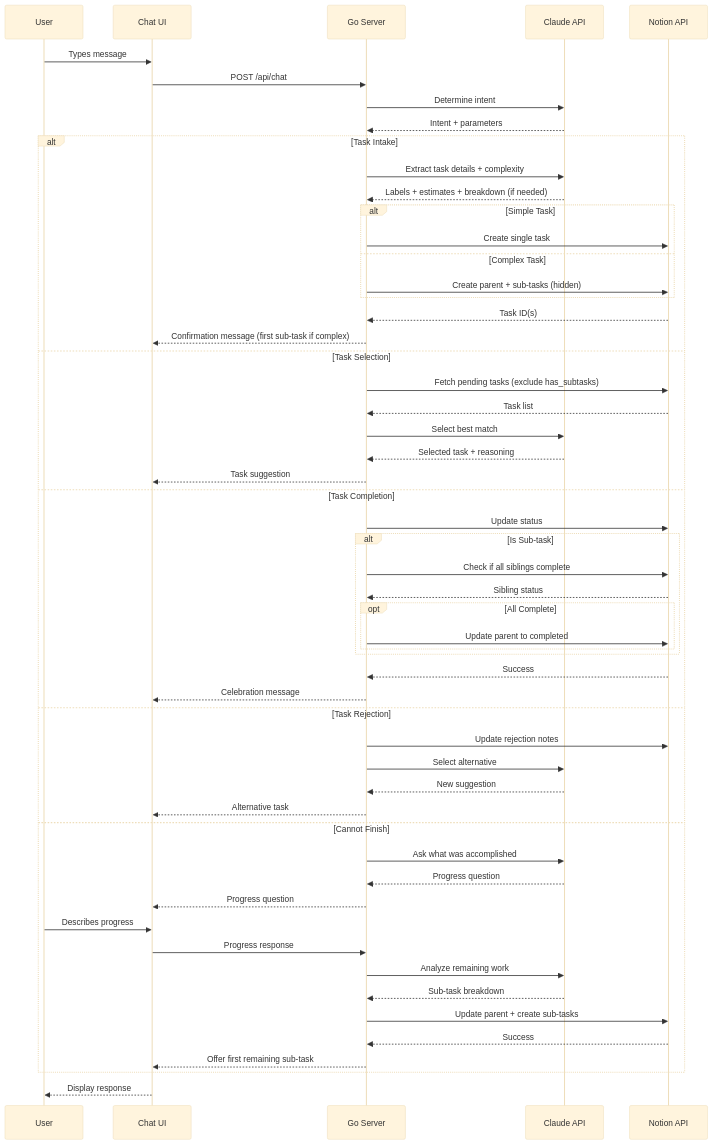
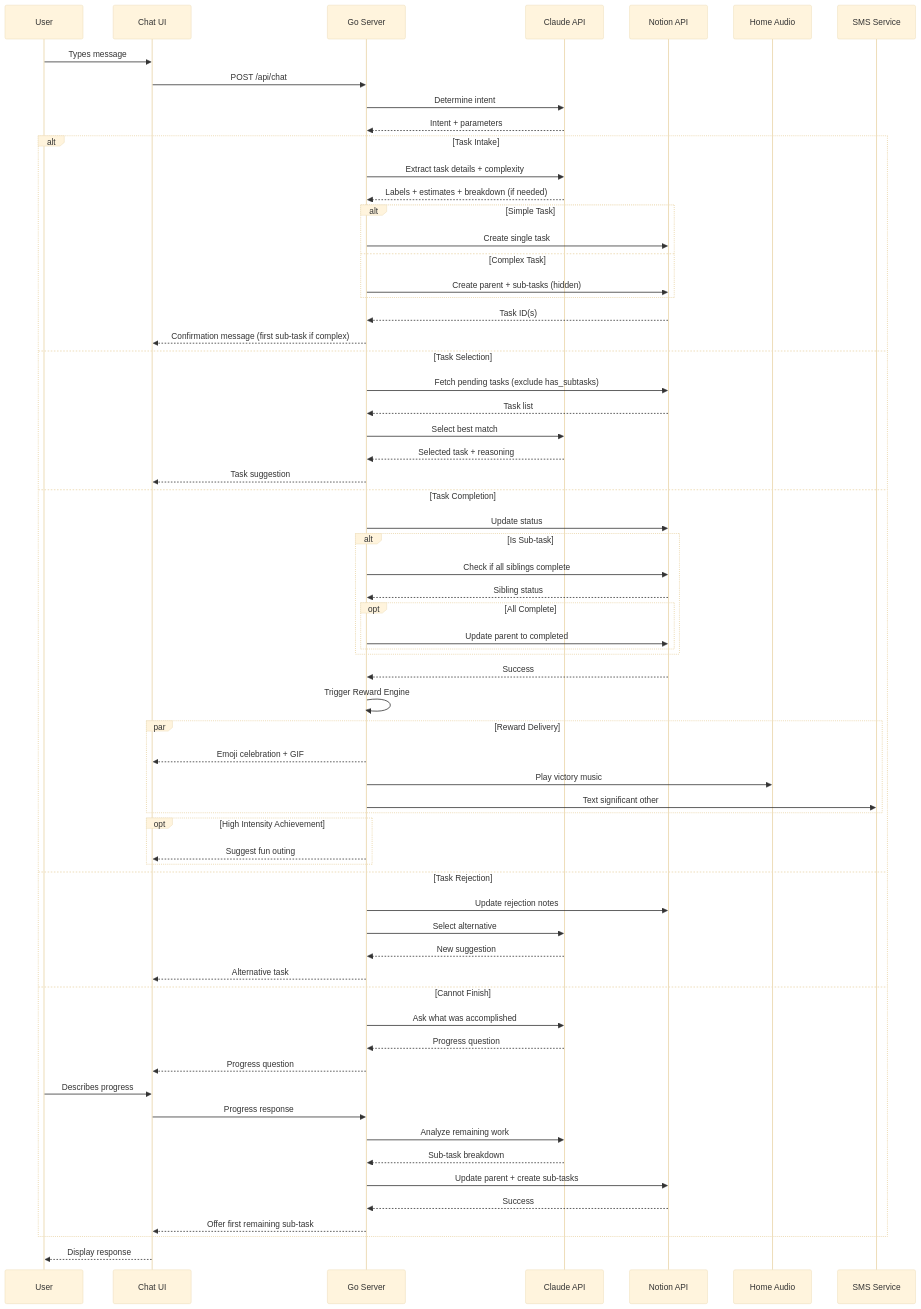
The third of 5 diagrams in docs/architecture.md (NickBorgers/hide-my-list), drawn with Mermaid (base theme) before and after one commit. The commit also changed other lines of this file and 3 other files, not shown here.

````diff
--- a/docs/architecture.md
+++ b/docs/architecture.md
@@ -75,60 +90,70 @@
 ```mermaid
 sequenceDiagram
     participant User
     participant UI as Chat UI
     participant Server as Go Server
     participant Claude as Claude API
     participant Notion as Notion API
+    participant HomeAudio as Home Audio
+    participant SMS as SMS Service
 
     User->>UI: Types message
     UI->>Server: POST /api/chat
     Server->>Claude: Determine intent
     Claude-->>Server: Intent + parameters
 
     alt Task Intake
         Server->>Claude: Extract task details + complexity
         Claude-->>Server: Labels + estimates + breakdown (if needed)
         alt Simple Task
             Server->>Notion: Create single task
         else Complex Task
             Server->>Notion: Create parent + sub-tasks (hidden)
         end
         Notion-->>Server: Task ID(s)
         Server-->>UI: Confirmation message (first sub-task if complex)
     else Task Selection
         Server->>Notion: Fetch pending tasks (exclude has_subtasks)
         Notion-->>Server: Task list
         Server->>Claude: Select best match
         Claude-->>Server: Selected task + reasoning
         Server-->>UI: Task suggestion
     else Task Completion
         Server->>Notion: Update status
         alt Is Sub-task
             Server->>Notion: Check if all siblings complete
             Notion-->>Server: Sibling status
             opt All Complete
                 Server->>Notion: Update parent to completed
             end
         end
         Notion-->>Server: Success
-        Server-->>UI: Celebration message
+        Server->>Server: Trigger Reward Engine
+        par Reward Delivery
+            Server-->>UI: Emoji celebration + GIF
+            Server->>HomeAudio: Play victory music
+            Server->>SMS: Text significant other
+        end
+        opt High Intensity Achievement
+            Server-->>UI: Suggest fun outing
+        end
     else Task Rejection
         Server->>Notion: Update rejection notes
         Server->>Claude: Select alternative
         Claude-->>Server: New suggestion
         Server-->>UI: Alternative task
     else Cannot Finish
         Server->>Claude: Ask what was accomplished
         Claude-->>Server: Progress question
         Server-->>UI: Progress question
         User->>UI: Describes progress
         UI->>Server: Progress response
         Server->>Claude: Analyze remaining work
         Claude-->>Server: Sub-task breakdown
         Server->>Notion: Update parent + create sub-tasks
         Notion-->>Server: Success
         Server-->>UI: Offer first remaining sub-task
     end
 
     UI-->>User: Display response
 ```
````
